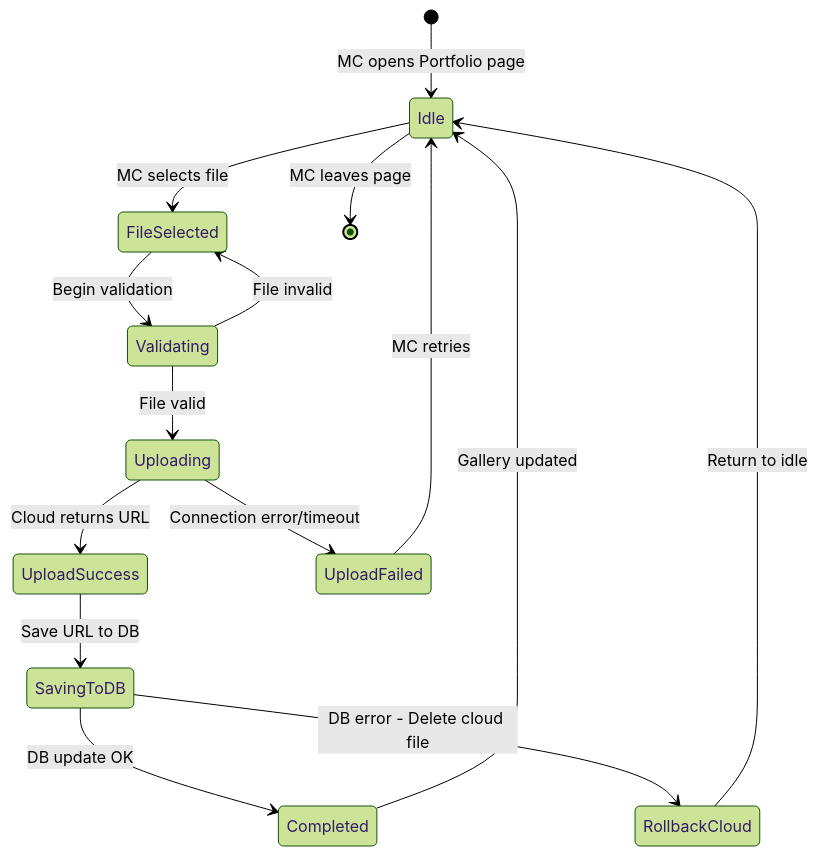
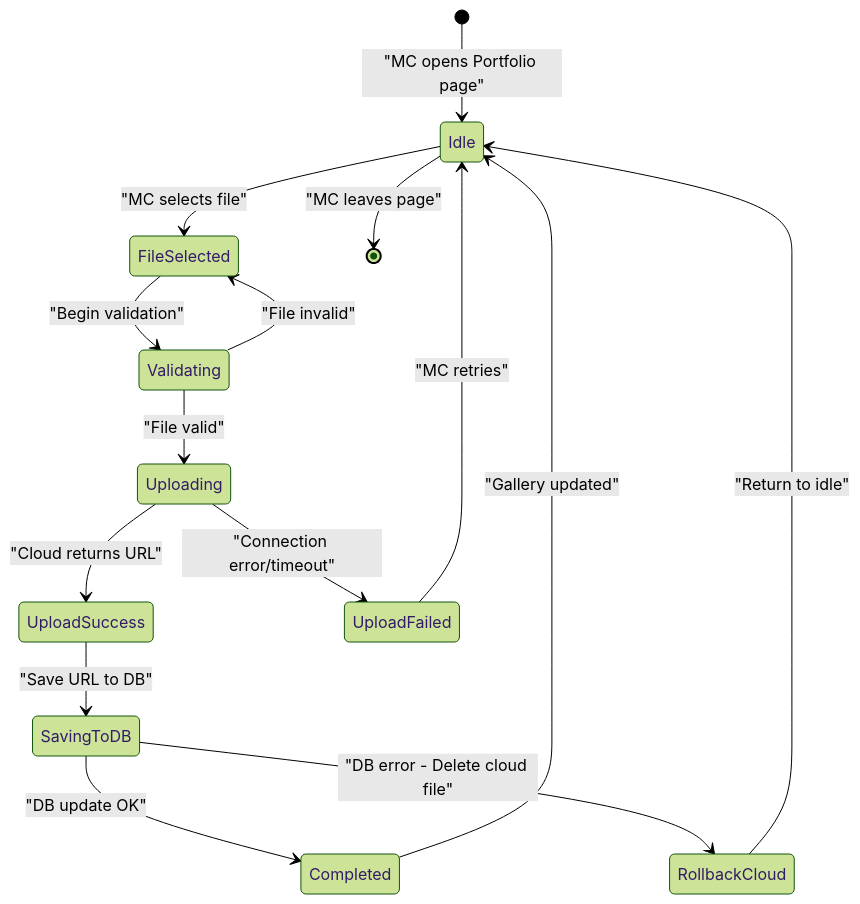
The eighth of 51 diagrams in UC_Diagrams_EN.md (dat-21/SWD392), drawn with Mermaid (forest theme) before and after one commit. The commit also changed other lines of this file and 2 other files, not shown here.

Commit message:
style: Standardize Mermaid state diagram transition label formatting by adding quotes and a space before the colon.

````diff
--- a/UC_Diagrams_EN.md
+++ b/UC_Diagrams_EN.md
@@ -287,17 +287,17 @@
 ```mermaid
 stateDiagram-v2
-    [*] --> Idle: MC opens Portfolio page
-    Idle --> FileSelected: MC selects file
-    FileSelected --> Validating: Begin validation
-    Validating --> FileSelected: File invalid
-    Validating --> Uploading: File valid
-    Uploading --> UploadSuccess: Cloud returns URL
-    Uploading --> UploadFailed: Connection error/timeout
-    UploadFailed --> Idle: MC retries
-    UploadSuccess --> SavingToDB: Save URL to DB
-    SavingToDB --> Completed: DB update OK
-    SavingToDB --> RollbackCloud: DB error - Delete cloud file
-    RollbackCloud --> Idle: Return to idle
-    Completed --> Idle: Gallery updated
-    Idle --> [*]: MC leaves page
+    [*] --> Idle : "MC opens Portfolio page"
+    Idle --> FileSelected : "MC selects file"
+    FileSelected --> Validating : "Begin validation"
+    Validating --> FileSelected : "File invalid"
+    Validating --> Uploading : "File valid"
+    Uploading --> UploadSuccess : "Cloud returns URL"
+    Uploading --> UploadFailed : "Connection error/timeout"
+    UploadFailed --> Idle : "MC retries"
+    UploadSuccess --> SavingToDB : "Save URL to DB"
+    SavingToDB --> Completed : "DB update OK"
+    SavingToDB --> RollbackCloud : "DB error - Delete cloud file"
+    RollbackCloud --> Idle : "Return to idle"
+    Completed --> Idle : "Gallery updated"
+    Idle --> [*] : "MC leaves page"
 ```
````
